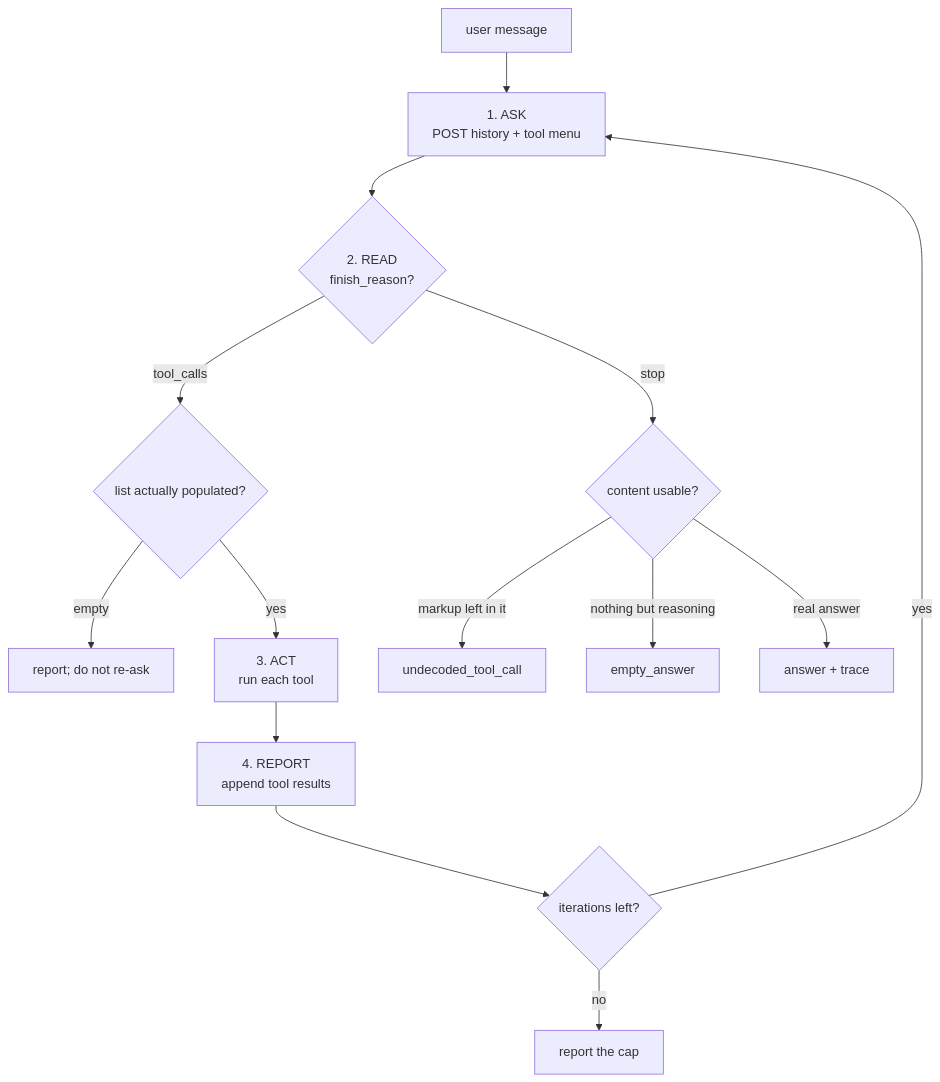
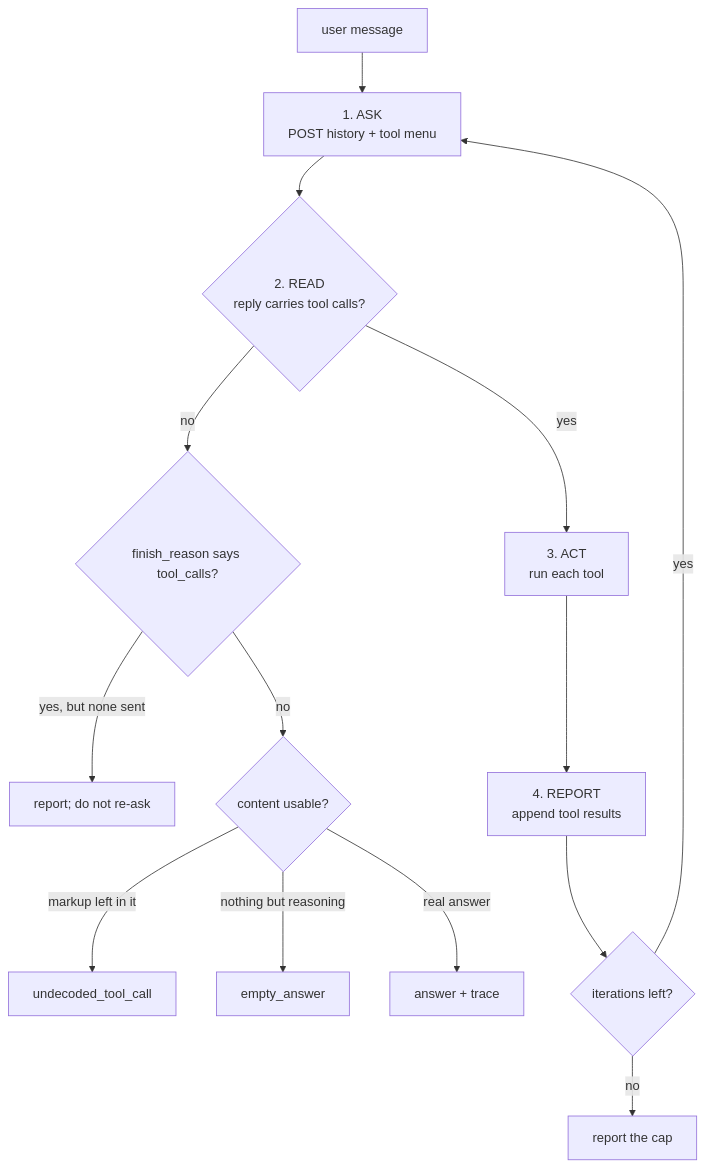
One commit to Lagmator22/ovat changed the third of 11 diagrams in docs/ARCHITECTURE.md. Above: the diagram before and after it, drawn with Mermaid. The commit also changed other lines of this file, not shown here.

First line of the commit message:
docs(architecture): correct diagrams that contradict the code

````diff
--- a/docs/ARCHITECTURE.md
+++ b/docs/ARCHITECTURE.md
@@ -225,16 +225,16 @@
 ```mermaid
 flowchart TD
     Start["user message"] --> Ask["1. ASK<br/>POST history + tool menu"]
-    Ask --> Read{"2. READ<br/>finish_reason?"}
-    Read -->|"stop"| Check{"content usable?"}
-    Read -->|"tool_calls"| Guard{"list actually populated?"}
-    Guard -->|"empty"| ErrA["report; do not re-ask"]
-    Guard -->|"yes"| Act["3. ACT<br/>run each tool"]
+    Ask --> Read{"2. READ<br/>reply carries tool calls?"}
+    Read -->|"no"| Label{"finish_reason says tool_calls?"}
+    Label -->|"yes, but none sent"| ErrA["report; do not re-ask"]
+    Label -->|"no"| Check{"content usable?"}
+    Read -->|"yes"| Act["3. ACT<br/>run each tool"]
     Act --> Report["4. REPORT<br/>append tool results"]
     Report --> Cap{"iterations left?"}
     Cap -->|"yes"| Ask
     Cap -->|"no"| ErrB["report the cap"]
     Check -->|"markup left in it"| ErrC["undecoded_tool_call"]
     Check -->|"nothing but reasoning"| ErrD["empty_answer"]
     Check -->|"real answer"| Done["answer + trace"]
 ```
````
